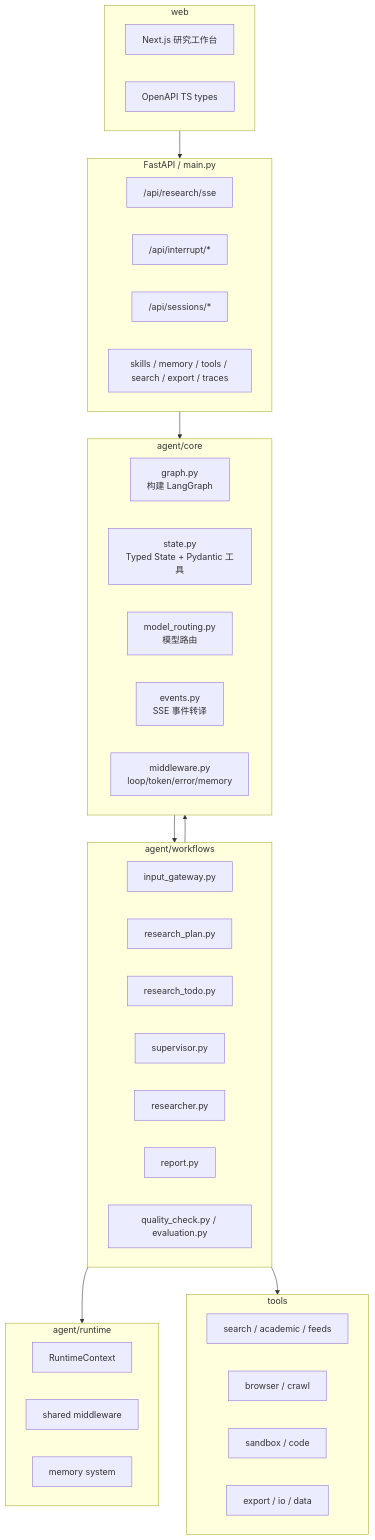
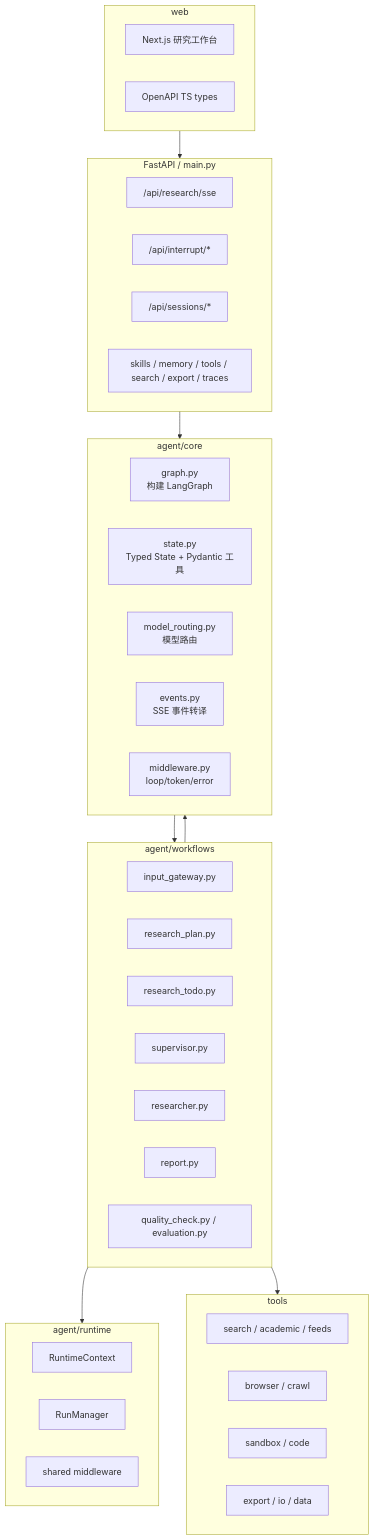
One commit to LittleSongxx/SoulSearcher changed the second of 6 diagrams in README.md. Above: the diagram before and after it, drawn with Mermaid. The commit also changed other lines of this file and 81 other files, not shown here.

````diff
--- a/README.md
+++ b/README.md
@@ -53,52 +53,52 @@
 ```mermaid
 flowchart TB
     subgraph API["FastAPI / main.py"]
         SSE["/api/research/sse"]
         INT["/api/interrupt/*"]
         SES["/api/sessions/*"]
         AUX["skills / memory / tools / search / export / traces"]
     end
 
     subgraph Core["agent/core"]
         Graph["graph.py\n构建 LangGraph"]
         State["state.py\nTyped State + Pydantic 工具"]
         Routing["model_routing.py\n模型路由"]
         Events["events.py\nSSE 事件转译"]
-        Middleware["middleware.py\nloop/token/error/memory"]
+        Middleware["middleware.py\nloop/token/error"]
     end
 
     subgraph Workflow["agent/workflows"]
         Gateway["input_gateway.py"]
         Plan["research_plan.py"]
         Todo["research_todo.py"]
         Supervisor["supervisor.py"]
         Researcher["researcher.py"]
         Report["report.py"]
         Eval["quality_check.py / evaluation.py"]
     end
 
     subgraph Runtime["agent/runtime"]
         Context["RuntimeContext"]
+        Runs["RunManager"]
         Shared["shared middleware"]
-        Memory["memory system"]
     end
 
     subgraph Tools["tools"]
         Search["search / academic / feeds"]
         Browser["browser / crawl"]
         Sandbox["sandbox / code"]
         Export["export / io / data"]
     end
 
     subgraph Web["web"]
         UI["Next.js 研究工作台"]
         Types["OpenAPI TS types"]
     end
 
     Web --> API
     API --> Core
     Core --> Workflow
     Workflow --> Runtime
     Workflow --> Tools
     Workflow --> Core
 ```
````
